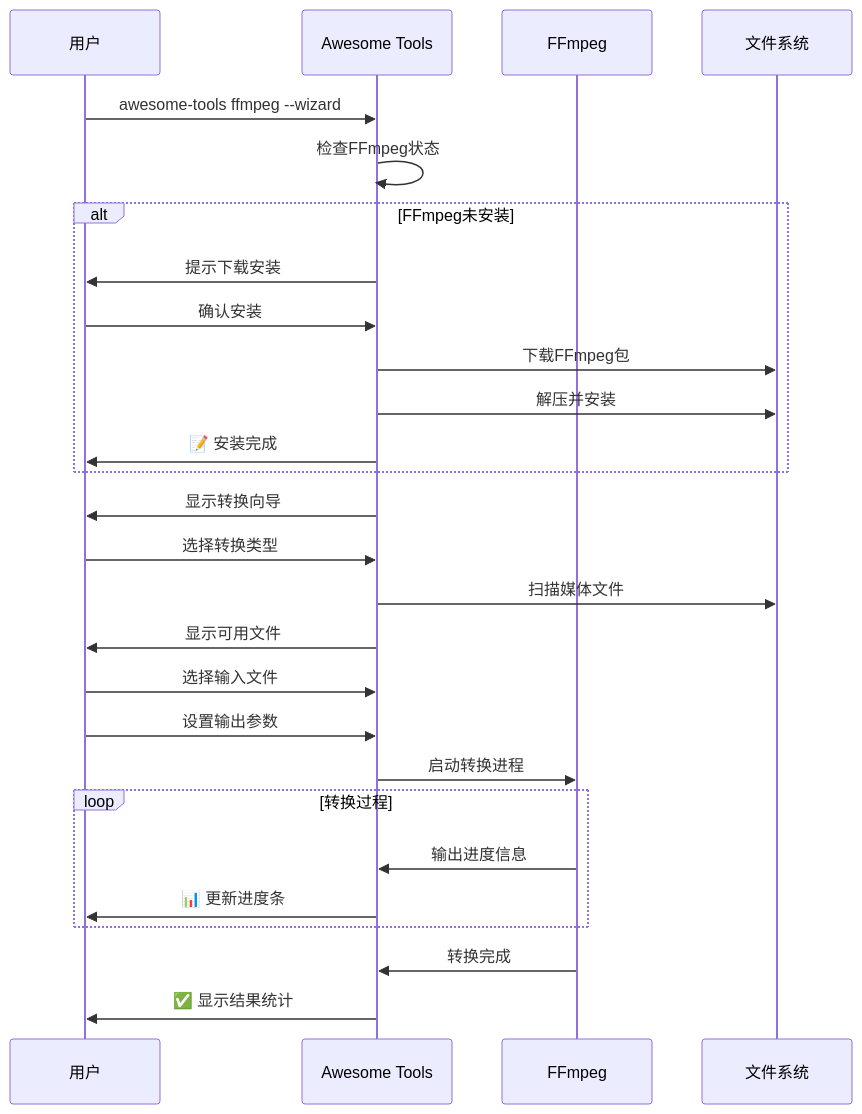
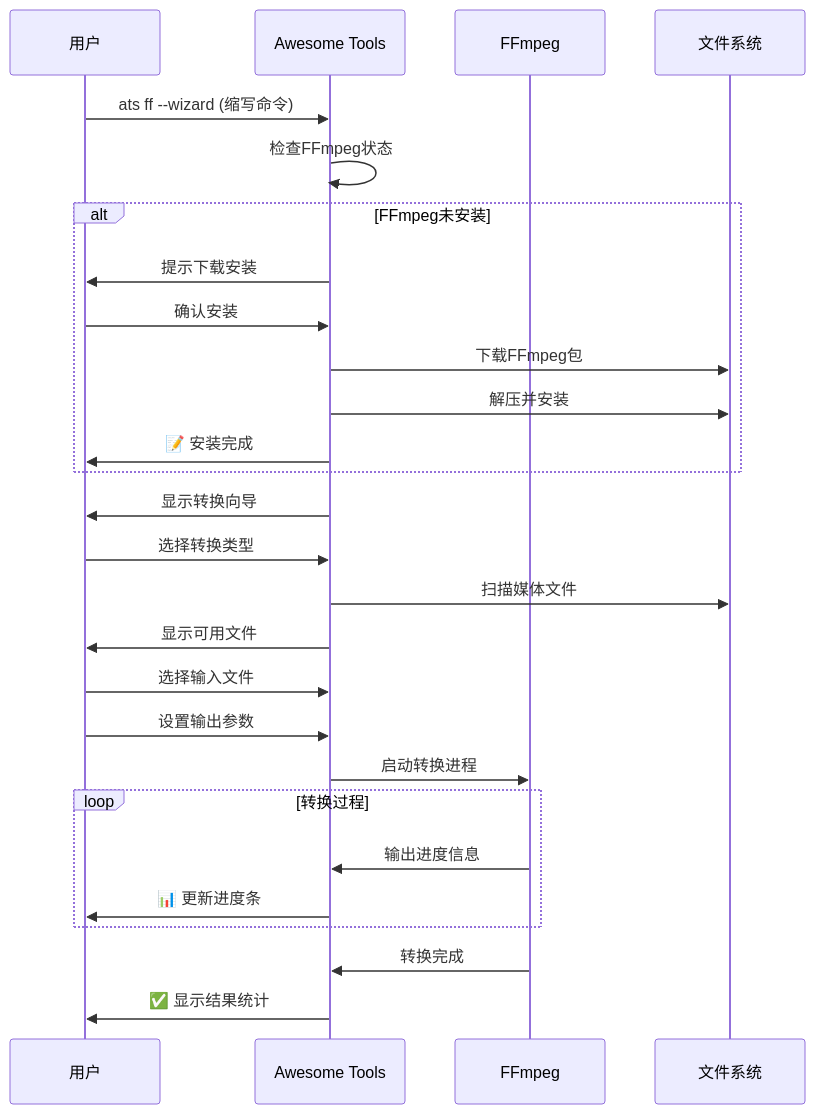
One commit to jinny76/awesome-tools changed the fifth of 5 diagrams in README.md. Above: the diagram before and after it, drawn with Mermaid. The commit also changed other lines of this file, not shown here.

````diff
--- a/README.md
+++ b/README.md
@@ -659,32 +724,32 @@
 ```mermaid
 sequenceDiagram
     participant U as 用户
     participant T as Awesome Tools
     participant F as FFmpeg
     participant S as 文件系统
     
-    U->>T: awesome-tools ffmpeg --wizard
+    U->>T: ats ff --wizard (缩写命令)
     T->>T: 检查FFmpeg状态
     alt FFmpeg未安装
         T->>U: 提示下载安装
         U->>T: 确认安装
         T->>S: 下载FFmpeg包
         T->>S: 解压并安装
         T->>U: 📝 安装完成
     end
     
     T->>U: 显示转换向导
     U->>T: 选择转换类型
     T->>S: 扫描媒体文件
     T->>U: 显示可用文件
     U->>T: 选择输入文件
     U->>T: 设置输出参数
     
     T->>F: 启动转换进程
     loop 转换过程
         F->>T: 输出进度信息
         T->>U: 📊 更新进度条
     end
     F->>T: 转换完成
     T->>U: ✅ 显示结果统计
 ```
````
